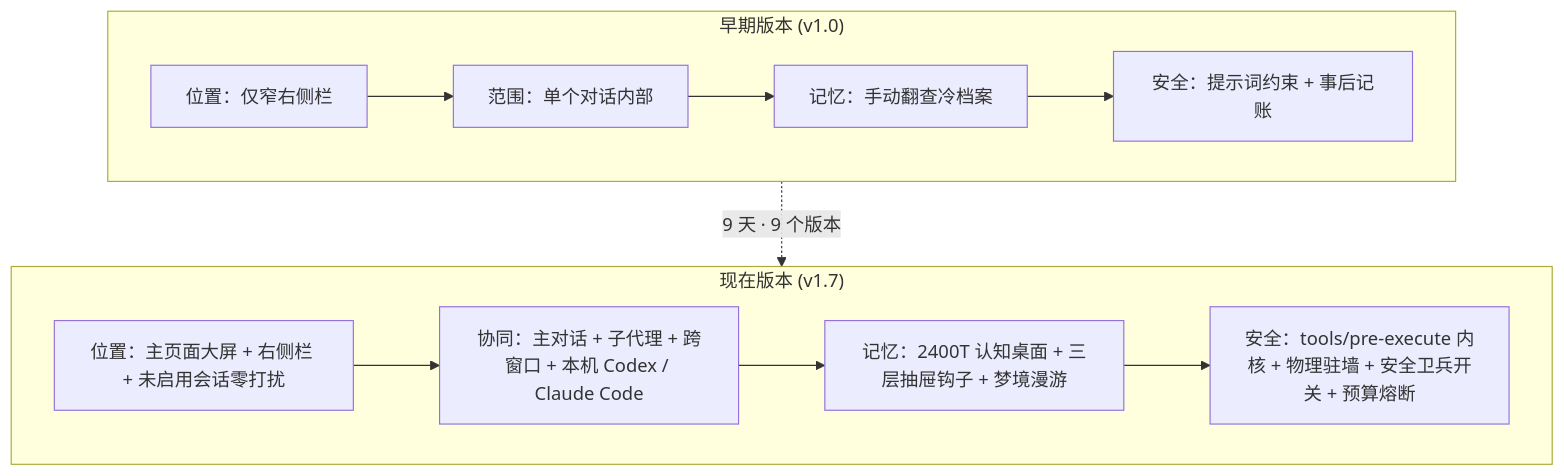
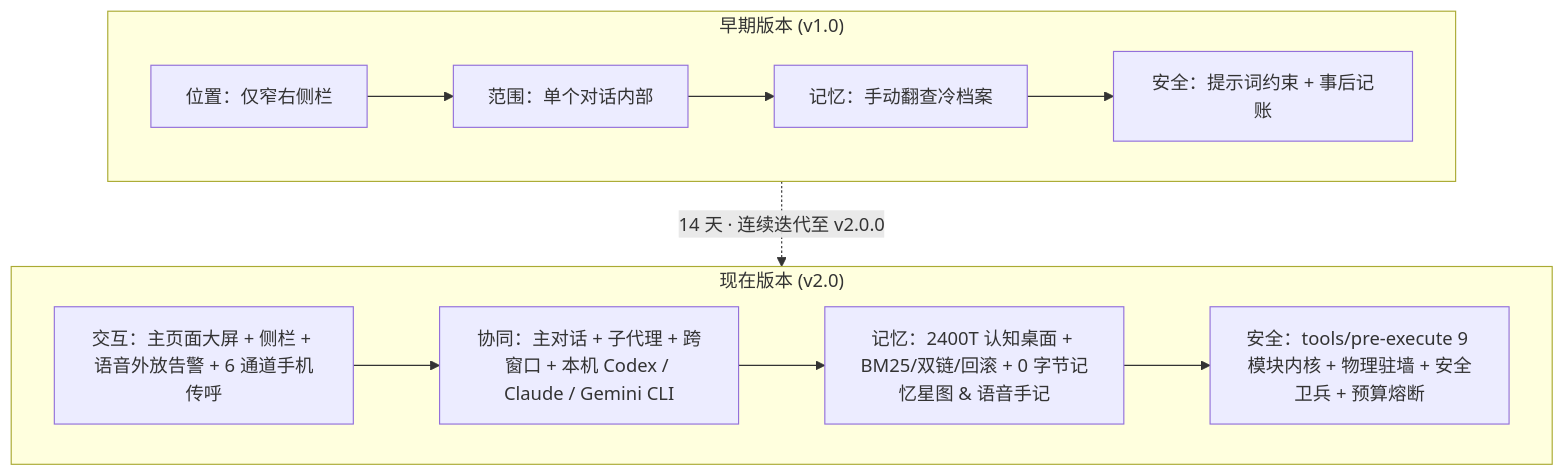
Before and after one commit to gluztm/dsh-chief: the second of 2 diagrams in EVOLUTION.md, drawn with Mermaid. The commit also changed other lines of this file and 4 other files, not shown here.

Commit message:
docs: refresh README, evolution & architecture for v2.0.0

````diff
--- a/EVOLUTION.md
+++ b/EVOLUTION.md
@@ -155,20 +191,20 @@
 ```mermaid
 flowchart TB
   subgraph Before["早期版本 (v1.0)"]
     B1["位置：仅窄右侧栏"]
     B2["范围：单个对话内部"]
     B3["记忆：手动翻查冷档案"]
     B4["安全：提示词约束 + 事后记账"]
     B1 --> B2 --> B3 --> B4
   end
 
-  subgraph Now["现在版本 (v1.7)"]
-    N1["位置：主页面大屏 + 右侧栏 + 未启用会话零打扰"]
-    N2["协同：主对话 + 子代理 + 跨窗口 + 本机 Codex / Claude Code"]
-    N3["记忆：2400T 认知桌面 + 三层抽屉钩子 + 梦境漫游"]
-    N4["安全：tools/pre-execute 内核 + 物理驻墙 + 安全卫兵开关 + 预算熔断"]
+  subgraph Now["现在版本 (v2.0)"]
+    N1["交互：主页面大屏 + 侧栏 + 语音外放告警 + 6 通道手机传呼"]
+    N2["协同：主对话 + 子代理 + 跨窗口 + 本机 Codex / Claude / Gemini CLI"]
+    N3["记忆：2400T 认知桌面 + BM25/双链/回滚 + 0 字节记忆星图 & 语音手记"]
+    N4["安全：tools/pre-execute 9 模块内核 + 物理驻墙 + 安全卫兵 + 预算熔断"]
     N1 --> N2 --> N3 --> N4
   end
 
-  Before -.->|"9 天 · 9 个版本"| Now
+  Before -.->|"14 天 · 连续迭代至 v2.0.0"| Now
 ```
````
